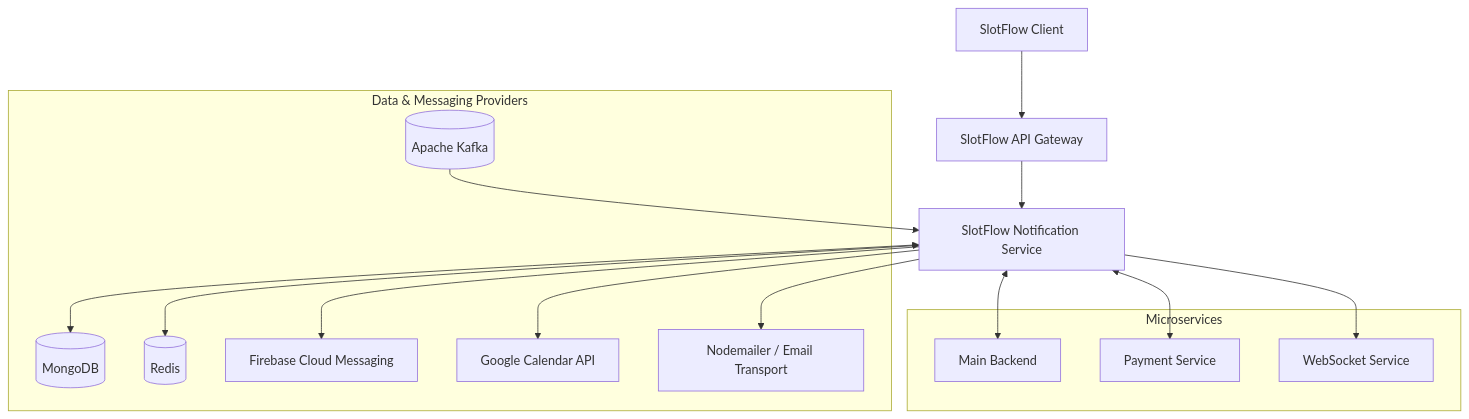
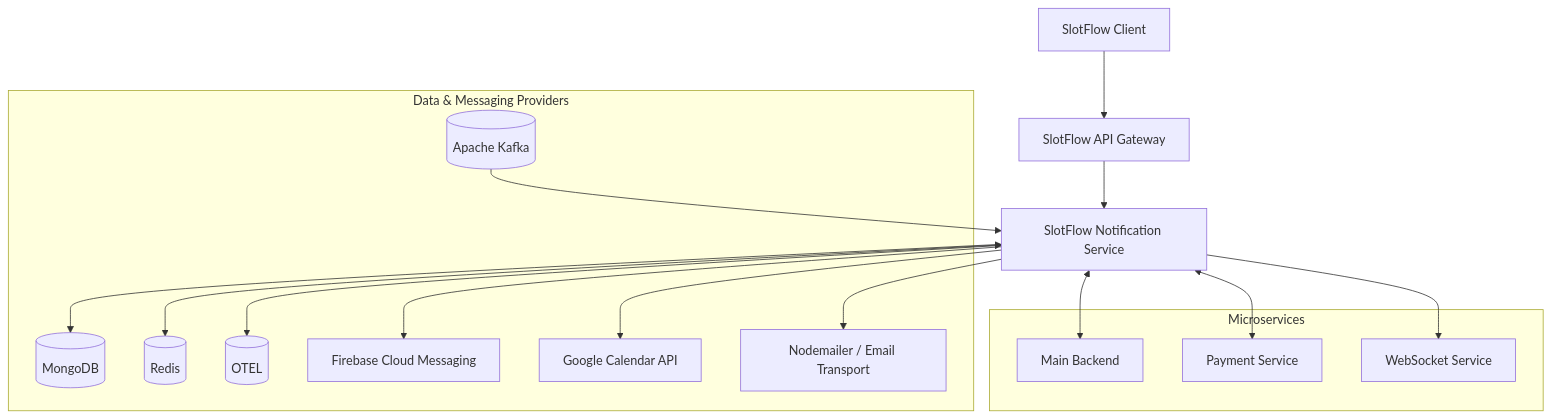
The diagram in README.md (slotflow/slotflow-notification), drawn with Mermaid before and after one commit. The commit also changed other lines of this file, not shown here.

Commit message:
doc refactor: mermaid and statements updated

````diff
--- a/README.md
+++ b/README.md
@@ -195,31 +194,33 @@
 ```mermaid
 flowchart TD
     Client["SlotFlow Client"] --> Gateway["SlotFlow API Gateway"]
     Gateway --> Notification["SlotFlow Notification Service"]
 
     subgraph ServiceIntegrations["Microservices"]
         MainBackend["Main Backend"]
         Payment["Payment Service"]
         Socket["WebSocket Service"]
     end
 
     subgraph Infrastructure["Data & Messaging Providers"]
         Kafka[("Apache Kafka")]
         MongoDB[("MongoDB")]
         Redis[("Redis")]
+        Observability[("OTEL")]
         FCM["Firebase Cloud Messaging"]
         Calendar["Google Calendar API"]
         Email["Nodemailer / Email Transport"]
     end
 
     Notification <--> MainBackend
     Notification <--> Payment
     Notification --> Socket
 
     Kafka --> Notification
     Notification <--> MongoDB
     Notification <--> Redis
+    Notification <--> Observability
     Notification --> FCM
     Notification --> Calendar
     Notification --> Email
 ```
````
